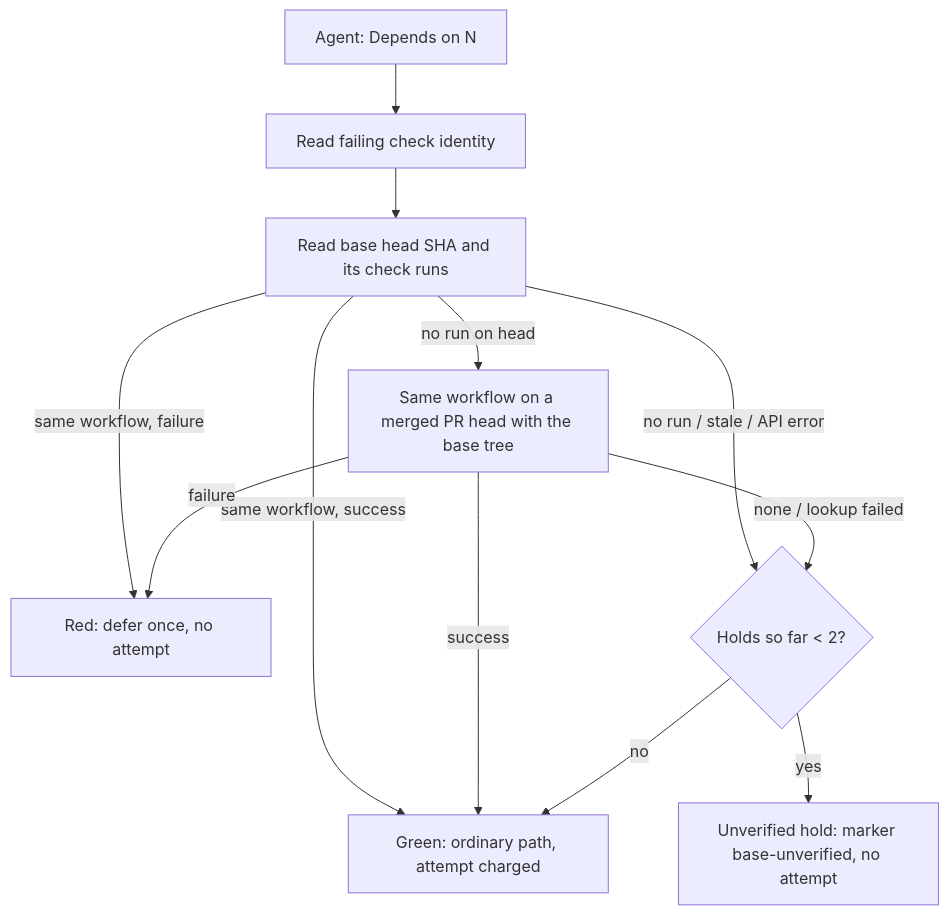
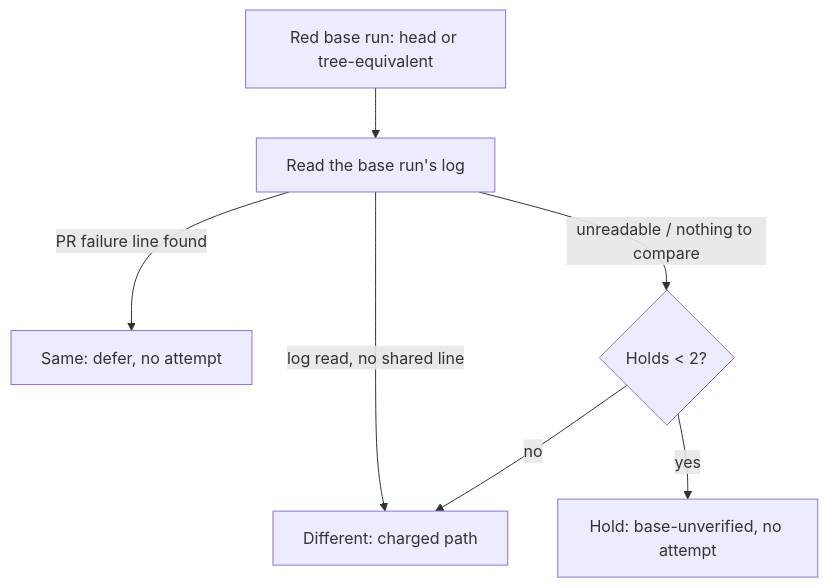
The diagram in docs/archive/pr-summaries/pr-summary-4680.md (stSoftwareAU/VibeCoder), drawn with Mermaid before and after one commit. The commit also changed other lines of this file and 1 other file, not shown here.

First line of the commit message:
Add sweep slice and PR summary for the base-failure comparison (Issue #4680)

````diff
--- a/docs/archive/pr-summaries/pr-summary-4680.md
+++ b/docs/archive/pr-summaries/pr-summary-4680.md
@@ -30,14 +31,9 @@
 ```mermaid
 flowchart TD
-    A[Agent: Depends on N] --> B[Read failing check identity]
-    B --> C[Read base head SHA and its check runs]
-    C -- same workflow, failure --> D[Red: defer once, no attempt]
-    C -- same workflow, success --> E[Green: ordinary path, attempt charged]
-    C -- no run on head --> T[Same workflow on a merged PR head with the base tree]
-    T -- failure --> D
-    T -- success --> E
-    C -- no run / stale / API error --> F{Holds so far < 2?}
-    T -- none / lookup failed --> F
-    F -- yes --> G[Unverified hold: marker base-unverified, no attempt]
-    F -- no --> E
+    A[Red base run: head or tree-equivalent] --> B[Read the base run's log]
+    B -- PR failure line found --> C[Same: defer, no attempt]
+    B -- log read, no shared line --> D[Different: charged path]
+    B -- unreadable / nothing to compare --> E{Holds < 2?}
+    E -- yes --> F[Hold: base-unverified, no attempt]
+    E -- no --> D
 ```
````
